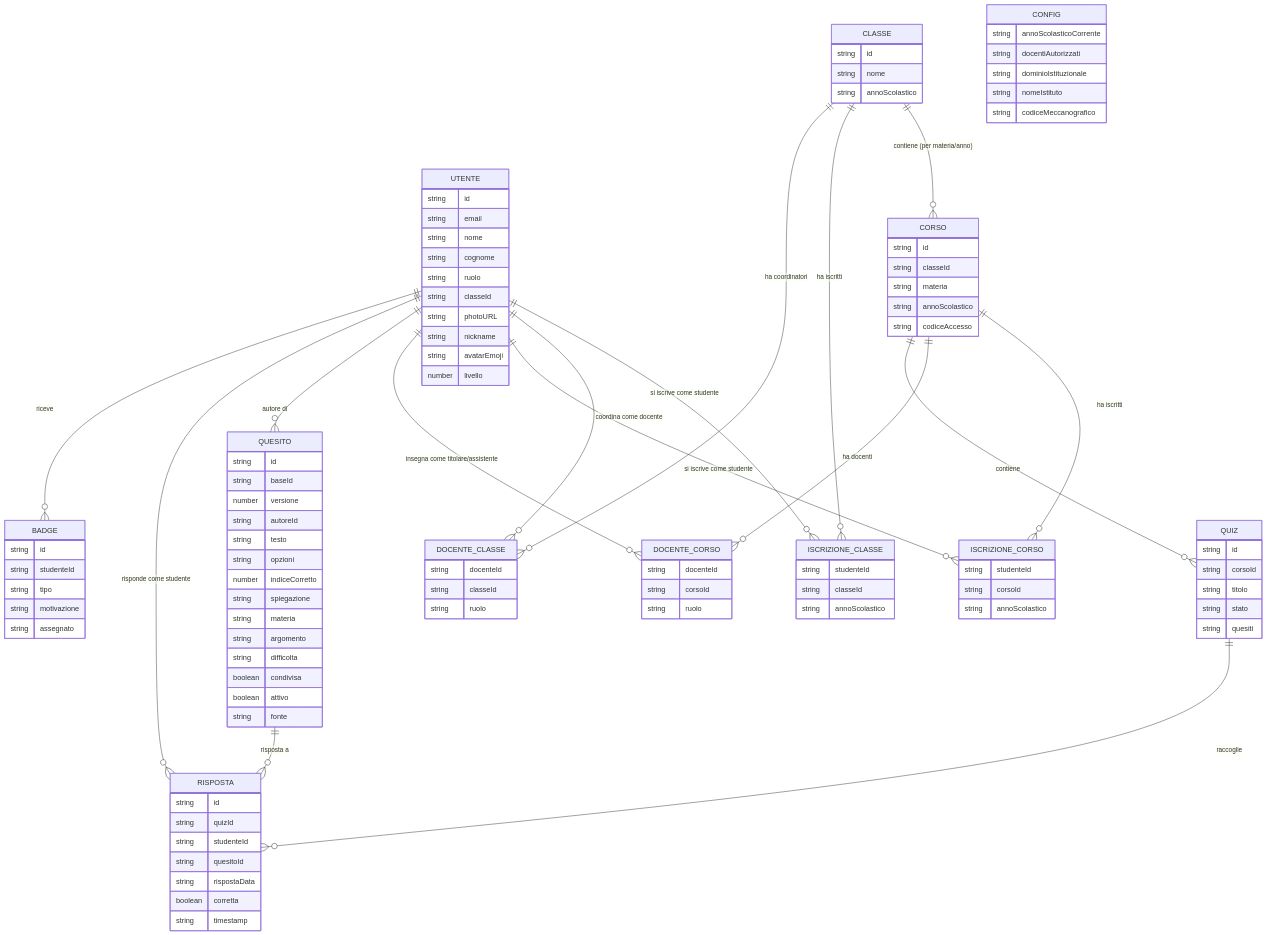
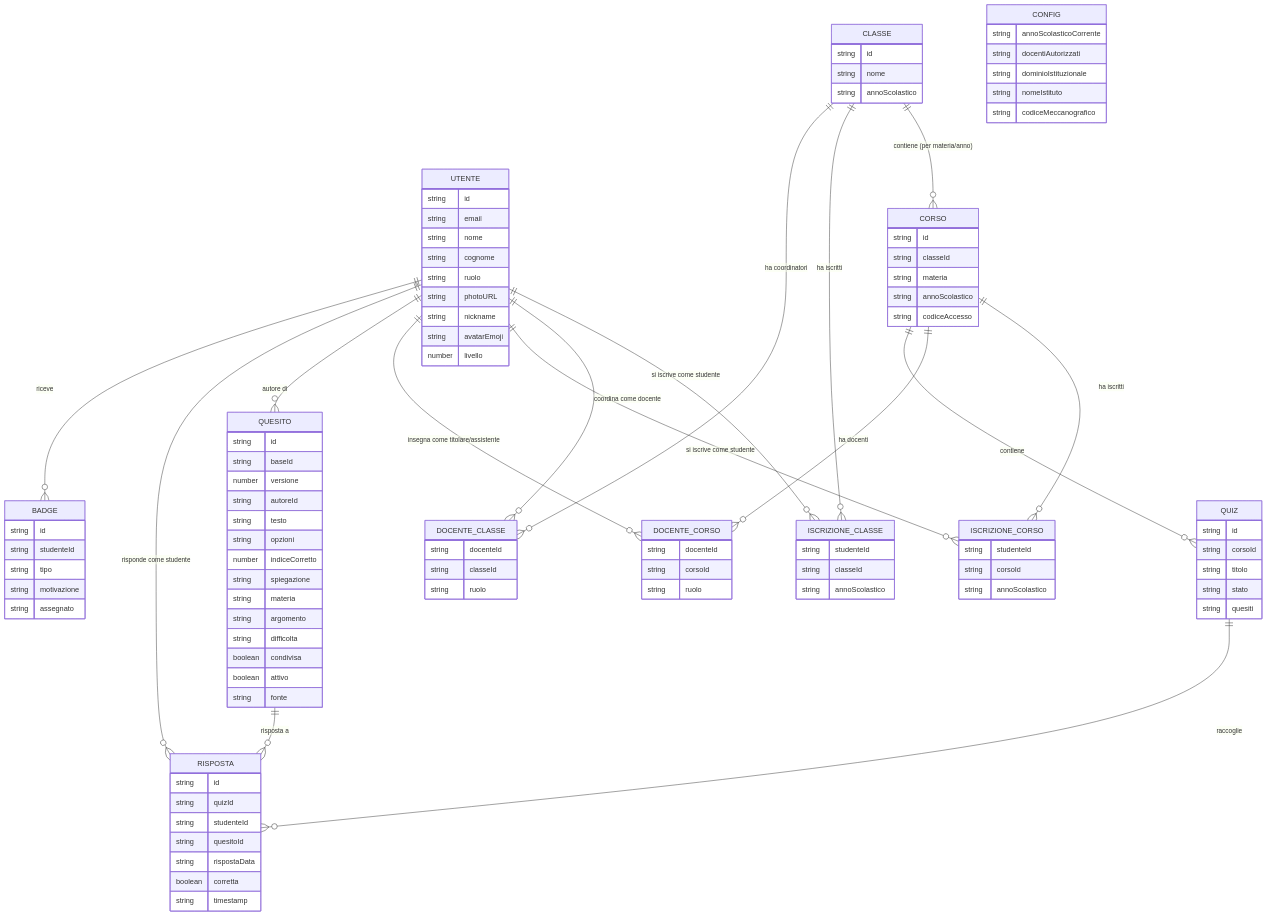
The diagram in docs/isaquiz_ERD.md (trikkulab/isaquiz), drawn with Mermaid before and after one commit. The commit also changed other lines of this file and 3 other files, not shown here.

```diff
--- a/docs/isaquiz_ERD.md
+++ b/docs/isaquiz_ERD.md
@@ -14,7 +14,6 @@
         string nome
         string cognome
         string ruolo
-        string classeId
         string photoURL
         string nickname
         string avatarEmoji
```
